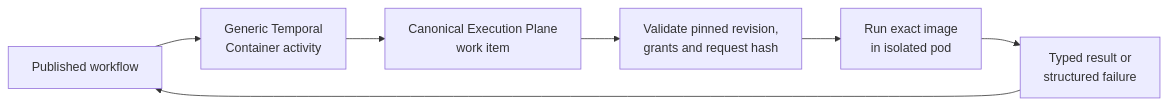
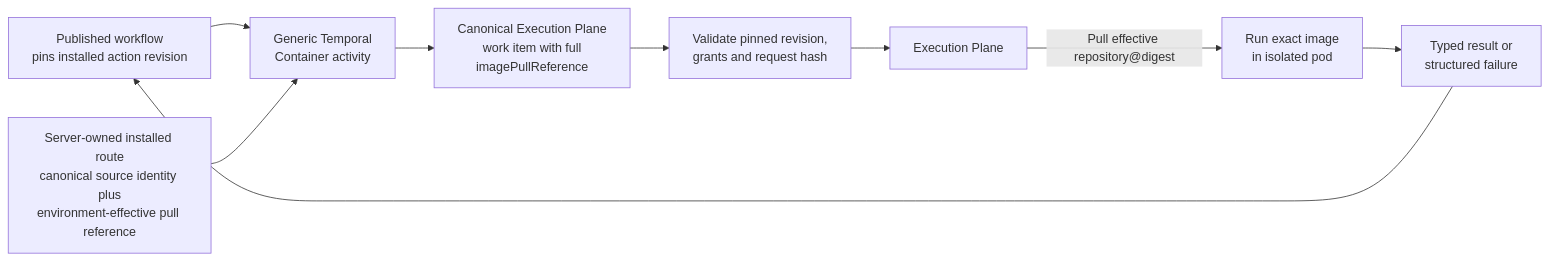
Diagram 13 of 19 in docs/designs/plugin-platform-marketplace.md (ganeshrn/syntara), drawn with Mermaid before and after one commit. The commit also changed other lines of this file and 98 other files, not shown here.

````diff
--- a/docs/designs/plugin-platform-marketplace.md
+++ b/docs/designs/plugin-platform-marketplace.md
@@ -1935,9 +2081,11 @@
 ```mermaid
 flowchart LR
-    WF[Published workflow] --> ACT[Generic Temporal<br/>Container activity]
-    ACT --> WI[Canonical Execution Plane<br/>work item]
+    WF[Published workflow<br/>pins installed action revision] --> ACT[Generic Temporal<br/>Container activity]
+    ROUTE[Server-owned installed route<br/>canonical source identity plus<br/>environment-effective pull reference] --> ACT
+    ACT --> WI[Canonical Execution Plane<br/>work item with full<br/>imagePullReference]
     WI --> POLICY[Validate pinned revision,<br/>grants and request hash]
-    POLICY --> POD[Run exact image<br/>in isolated pod]
+    POLICY --> EP[Execution Plane]
+    EP -->|Pull effective repository@digest| POD[Run exact image<br/>in isolated pod]
     POD --> RESULT[Typed result or<br/>structured failure]
     RESULT --> WF
 ```
````
